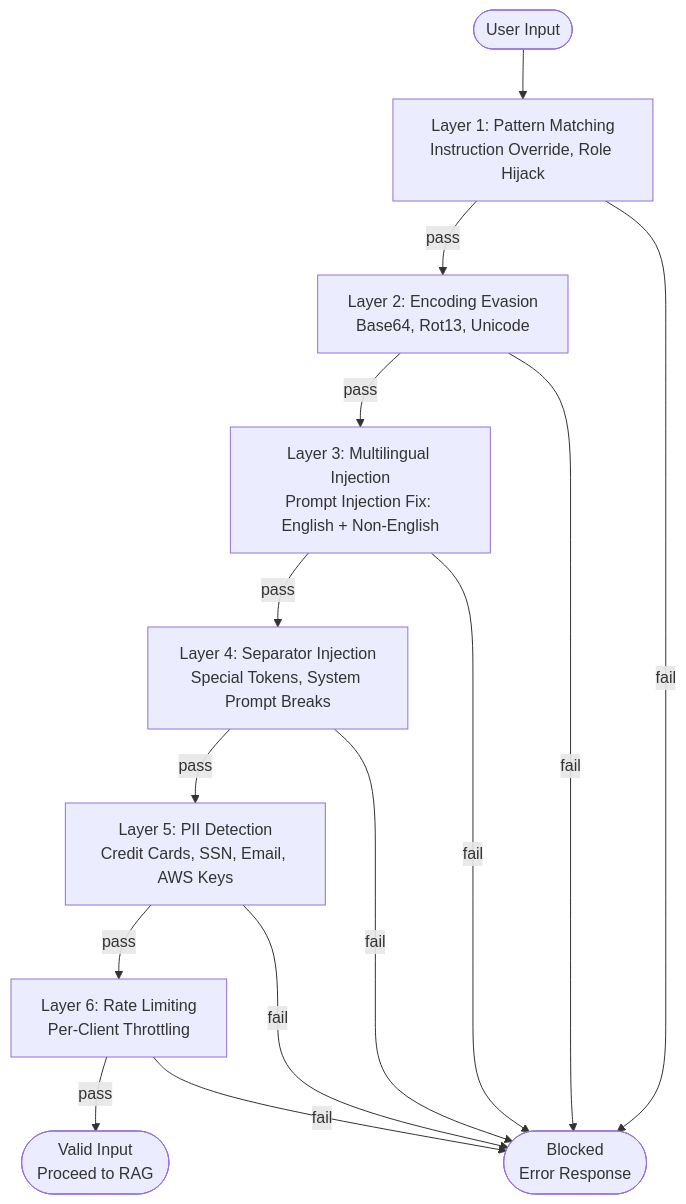
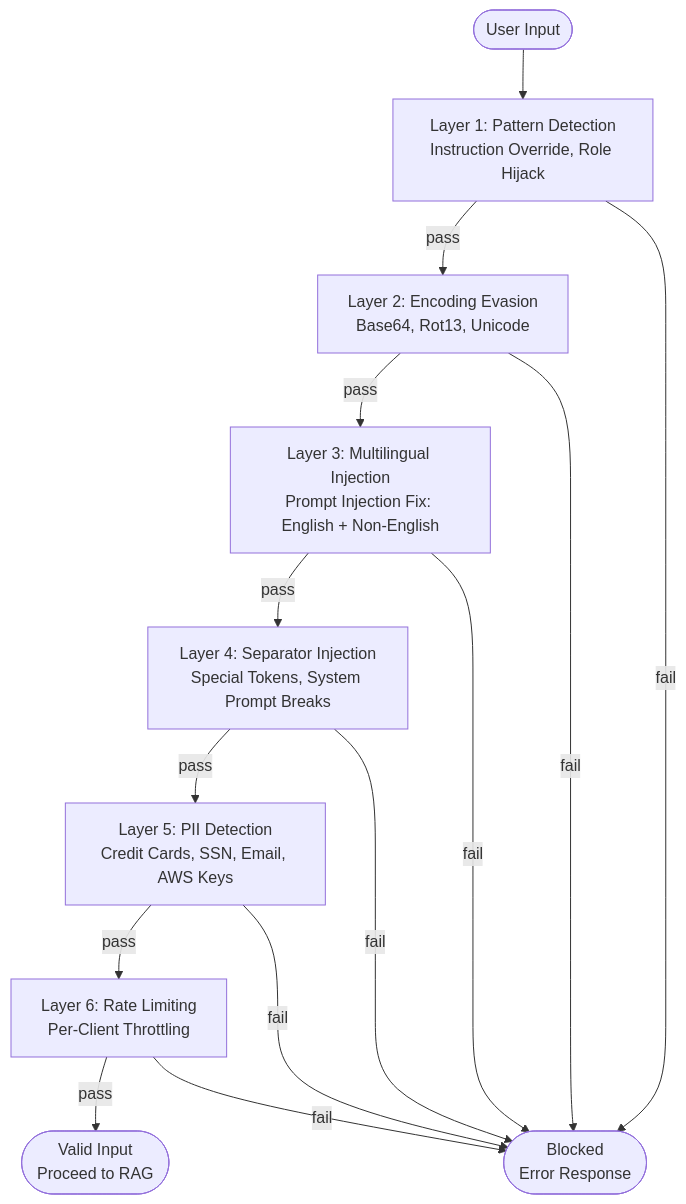
One commit to tukue/devsecops-platform-agent changed the third of 10 diagrams in README.md. Above: the diagram before and after it, drawn with Mermaid. The commit also changed other lines of this file, not shown here.

Commit message:
Update diagram labels for clarity

````diff
--- a/README.md
+++ b/README.md
@@ -223,28 +223,28 @@
 ```mermaid
 flowchart TD
     INPUT([User Input])
 
-    L1["Layer 1: Pattern Matching\nInstruction Override, Role Hijack"]
+    L1["Layer 1: Pattern Detection\nInstruction Override, Role Hijack"]
     L2["Layer 2: Encoding Evasion\nBase64, Rot13, Unicode"]
     L3["Layer 3: Multilingual Injection\nPrompt Injection Fix: English + Non-English"]
     L4["Layer 4: Separator Injection\nSpecial Tokens, System Prompt Breaks"]
     L5["Layer 5: PII Detection\nCredit Cards, SSN, Email, AWS Keys"]
     L6["Layer 6: Rate Limiting\nPer-Client Throttling"]
 
     VALID([Valid Input\nProceed to RAG])
     BLOCKED([Blocked\nError Response])
 
     INPUT --> L1
     L1 -->|pass| L2
     L1 -->|fail| BLOCKED
     L2 -->|pass| L3
     L2 -->|fail| BLOCKED
     L3 -->|pass| L4
     L3 -->|fail| BLOCKED
     L4 -->|pass| L5
     L4 -->|fail| BLOCKED
     L5 -->|pass| L6
     L5 -->|fail| BLOCKED
     L6 -->|pass| VALID
     L6 -->|fail| BLOCKED
 ```
````
